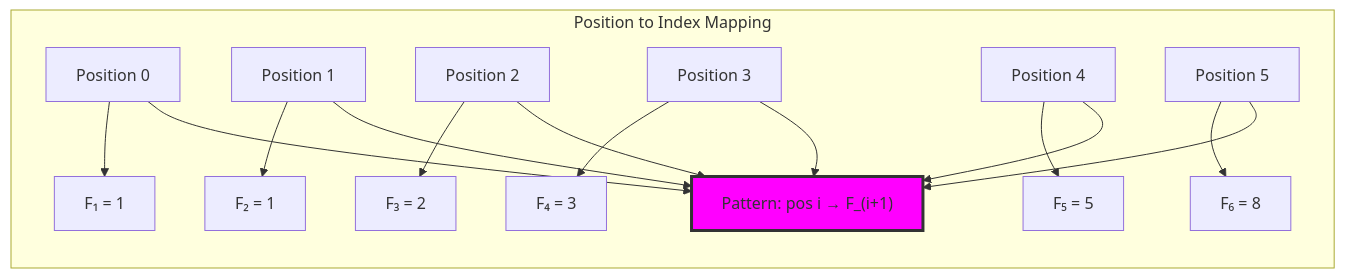
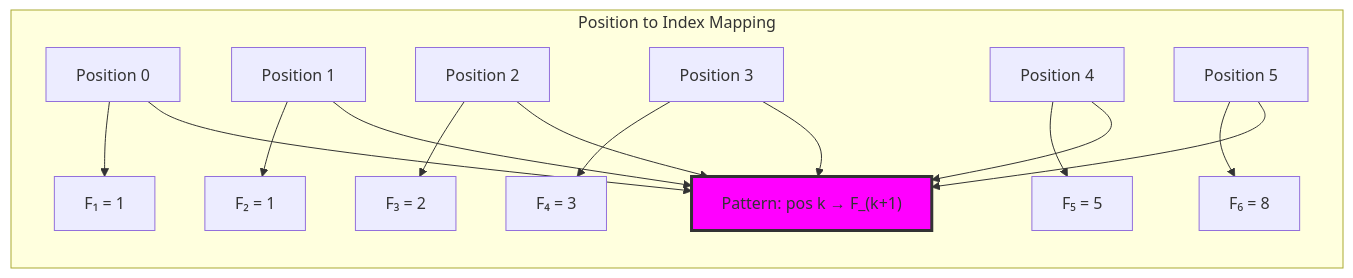
One commit to loning/the-binarymath changed the third of 14 diagrams in docs/codex/volume-01-trace-numbers/chapter-020-collapse-decode.md. Above: the diagram before and after it, drawn with Mermaid. The commit also changed other lines of this file and 32 other files, not shown here.

````diff
--- a/docs/codex/volume-01-trace-numbers/chapter-020-collapse-decode.md
+++ b/docs/codex/volume-01-trace-numbers/chapter-020-collapse-decode.md
@@ -247,17 +249,17 @@
 ```mermaid
 graph LR
     subgraph "Position to Index Mapping"
         P0["Position 0"] --> F1["F₁ = 1"]
         P1["Position 1"] --> F2["F₂ = 1"]
         P2["Position 2"] --> F3["F₃ = 2"]
         P3["Position 3"] --> F4["F₄ = 3"]
         P4["Position 4"] --> F5["F₅ = 5"]
         P5["Position 5"] --> F6["F₆ = 8"]
         
-        PATTERN["Pattern: pos i → F_(i+1)"]
+        PATTERN["Pattern: pos k → F_(k+1)"]
         
         P0 & P1 & P2 & P3 & P4 & P5 --> PATTERN
     end
     
     style PATTERN fill:#f0f,stroke:#333,stroke-width:3px
 ```
````
